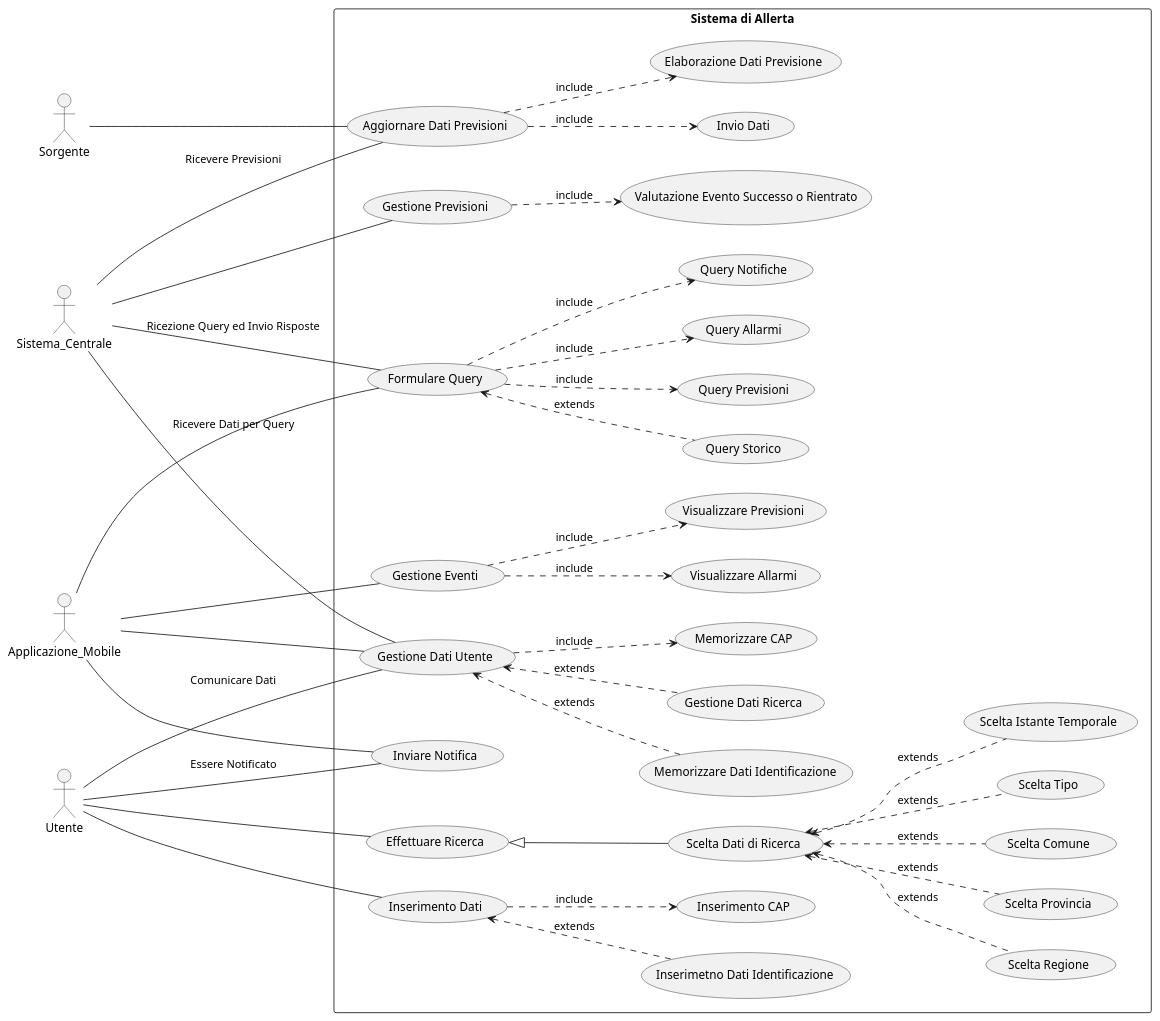
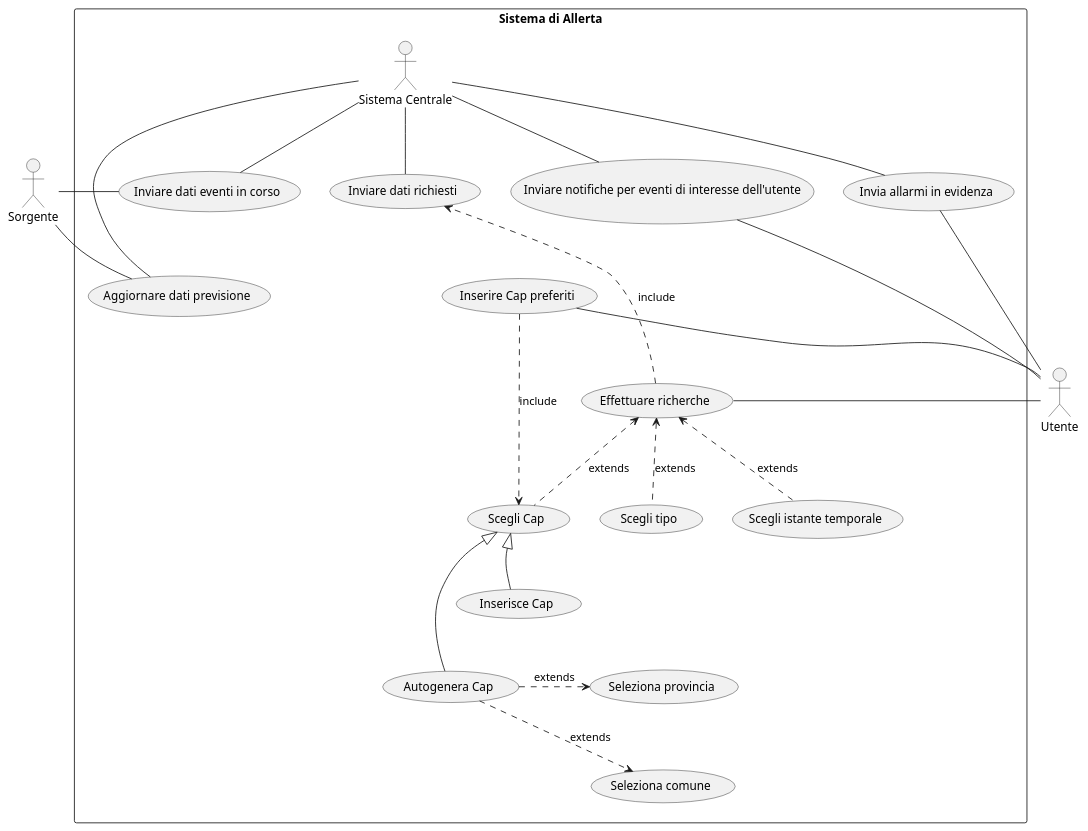
Before and after one commit to xFA25E/sweng_14_2019: the diagram in UML/src/use_case.puml, drawn with PlantUML. The commit also changed 1 other file, not shown here.

Commit message:
Use Case uml updated

```diff
--- a/UML/src/use_case.puml
+++ b/UML/src/use_case.puml
@@ -1,43 +1,53 @@
 @startuml
-left to right direction
 skinparam packageStyle rectangle
-actor Sorgente
-actor Sistema_Centrale
-actor Applicazione_Mobile
+actor "Sorgente"
 actor Utente
+
 rectangle "Sistema di Allerta" {
-    Sorgente -- (Aggiornare Dati Previsioni)
-    (Aggiornare Dati Previsioni) ..> (Elaborazione Dati Previsione) : include
-    (Aggiornare Dati Previsioni) ..> (Invio Dati) : include
-    Sistema_Centrale -- (Aggiornare Dati Previsioni) : Ricevere Previsioni
-    Sistema_Centrale -- (Gestione Previsioni)
-    (Gestione Previsioni) ..> (Valutazione Evento Successo o Rientrato) : include
-    Applicazione_Mobile -- (Formulare Query)
-    Sistema_Centrale -- (Formulare Query) : Ricezione Query ed Invio Risposte
-    (Formulare Query) ..> (Query Previsioni) : include
-    (Formulare Query) ..> (Query Allarmi) : include
-    (Formulare Query) ..> (Query Notifiche) : include
-    (Formulare Query) <.. (Query Storico) : extends
-    Applicazione_Mobile -- (Gestione Dati Utente)
-    Sistema_Centrale -- (Gestione Dati Utente) : Ricevere Dati per Query
-    Utente -- (Gestione Dati Utente) : Comunicare Dati
-    (Gestione Dati Utente) ..> (Memorizzare CAP) : include
-    (Gestione Dati Utente) <.. (Memorizzare Dati Identificazione) : extends
-    (Gestione Dati Utente) <.. (Gestione Dati Ricerca) : extends
-    Applicazione_Mobile -- (Inviare Notifica)
-    Utente -- (Inviare Notifica) : Essere Notificato
-    Applicazione_Mobile -- (Gestione Eventi)
-    (Gestione Eventi) ..> (Visualizzare Previsioni) : include
-    (Gestione Eventi) ..> (Visualizzare Allarmi) : include
-    Utente -- (Inserimento Dati)
-    (Inserimento Dati) ..> (Inserimento CAP) : include
-    (Inserimento Dati) <.. (Inserimetno Dati Identificazione) : extends
-    Utente -- (Effettuare Ricerca)
-    (Effettuare Ricerca) <|-- (Scelta Dati di Ricerca)
-    (Scelta Dati di Ricerca) <.. (Scelta Regione) : extends
-    (Scelta Dati di Ricerca) <.. (Scelta Provincia) : extends
-    (Scelta Dati di Ricerca) <.. (Scelta Comune) : extends
-    (Scelta Dati di Ricerca) <.. (Scelta Tipo) : extends
-    (Scelta Dati di Ricerca) <.. (Scelta Istante Temporale) : extends
+    actor "Sistema Centrale" as SisCentrale
+    Sorgente - (Aggiornare dati previsione)
+    Sorgente - (Inviare dati eventi in corso)
+
+    SisCentrale -- (Aggiornare dati previsione)
+    SisCentrale -- (Inviare dati eventi in corso)
+    SisCentrale -- (Inviare dati richiesti)
+    SisCentrale -- (Inviare notifiche per eventi di interesse dell'utente)
+    SisCentrale -- (Invia allarmi in evidenza)
+
+    (Inviare notifiche per eventi di interesse dell'utente) - Utente
+    (Invia allarmi in evidenza) - Utente
+    (Inserire Cap preferiti) - Utente
+    (Effettuare richerche) - Utente
+
+    together {
+        (Effettuare richerche) <.. (Scegli istante temporale) : extends
+        (Effettuare richerche) <.. (Scegli tipo) : extends
+        (Effettuare richerche) <.. (Scegli Cap) : extends
+    }
+
+    (Scegli Cap) <|- (Autogenera Cap)
+    (Scegli Cap) <|- (Inserisce Cap)
+
+    together {
+        (Autogenera Cap) .> (Seleziona provincia) : extends
+        (Autogenera Cap) .> (Seleziona comune) : extends
+    }
+    (Inserire Cap preferiti) .> (Scegli Cap) : include
+    (Effettuare richerche) .> (Inviare dati richiesti) : include
 }
+
+'Layout only
+SisCentrale -[hidden]- Sorgente
+SisCentrale -[hidden] Utente
+(Inviare dati eventi in corso) -[hidden]- (Aggiornare dati previsione)
+(Inviare dati eventi in corso) -[hidden] (Inviare dati richiesti)
+(Inviare dati richiesti) -[hidden] (Inviare notifiche per eventi di interesse dell'utente)
+(Inviare dati richiesti) -[hidden] (Inserire Cap preferiti)
+(Inviare notifiche per eventi di interesse dell'utente) -[hidden]- (Inserire Cap preferiti)
+(Inserire Cap preferiti) -[hidden]- (Effettuare richerche)
+(Scegli Cap) -[hidden] (Scegli tipo)
+(Scegli tipo) -[hidden] (Scegli istante temporale)
+(Inserisce Cap) --[hidden] (Autogenera Cap)
+(Scegli Cap) -[hidden]- (Inserisce Cap)
+(Seleziona provincia) --[hidden] (Seleziona comune)
 @enduml
```
